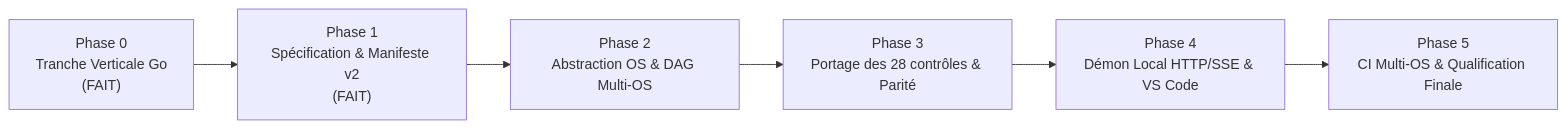
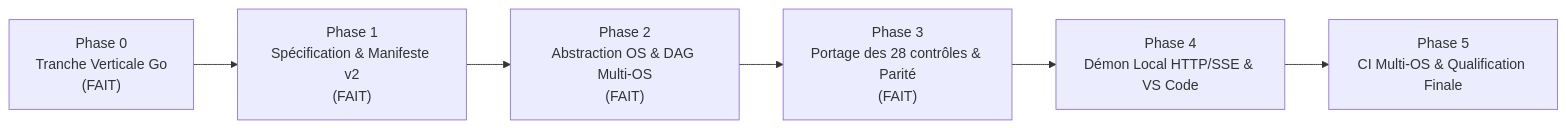
The second of 2 diagrams in plan.md (LORD-SOUPEX/Compliance_Platform), drawn with Mermaid before and after one commit. The commit also changed other lines of this file and 13 other files, not shown here.

Commit message:
feat(phase3): portage des 28 controles, runner borne, matrix, tool resolution et parite canonique a 100%

````diff
--- a/plan.md
+++ b/plan.md
@@ -313,8 +313,8 @@
 ```mermaid
 flowchart LR
     P0["Phase 0\nTranche Verticale Go\n(FAIT)"] --> P1["Phase 1\nSpécification & Manifeste v2\n(FAIT)"]
-    P1 --> P2["Phase 2\nAbstraction OS & DAG Multi-OS"]
-    P2 --> P3["Phase 3\nPortage des 28 contrôles & Parité"]
+    P1 --> P2["Phase 2\nAbstraction OS & DAG Multi-OS\n(FAIT)"]
+    P2 --> P3["Phase 3\nPortage des 28 contrôles & Parité\n(FAIT)"]
     P3 --> P4["Phase 4\nDémon Local HTTP/SSE & VS Code"]
     P4 --> P5["Phase 5\nCI Multi-OS & Qualification Finale"]
 ```
````
